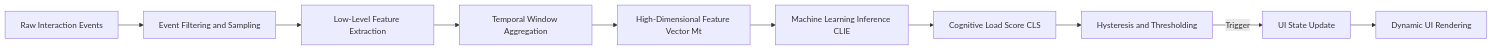
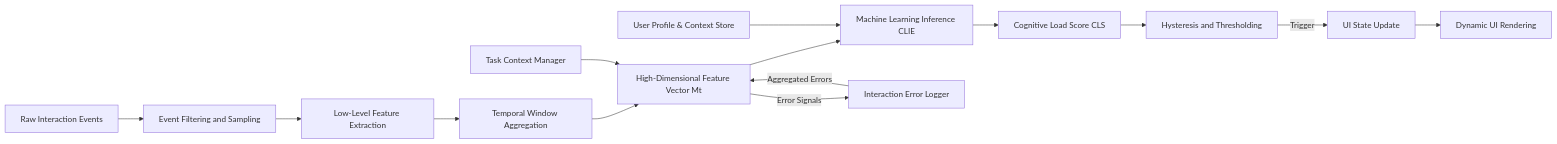
Before and after one commit to diplomat-bit/Citibank_Demo_Business_Inc_Demonstration-: the third of 12 diagrams in inventions/011_cognitive_load_balancing.md, drawn with Mermaid. The commit also changed other lines of this file, not shown here.

````diff
--- a/inventions/011_cognitive_load_balancing.md
+++ b/inventions/011_cognitive_load_balancing.md
@@ -100,12 +124,16 @@
 ```mermaid
 graph LR
     A[Raw Interaction Events] --> B[Event Filtering and Sampling];
     B --> C[Low-Level Feature Extraction];
     C --> D[Temporal Window Aggregation];
     D --> E[High-Dimensional Feature Vector Mt];
     E --> F[Machine Learning Inference CLIE];
     F --> G[Cognitive Load Score CLS];
     G --> H[Hysteresis and Thresholding];
     H -- Trigger --> I[UI State Update];
     I --> J[Dynamic UI Rendering];
+    E -- Error Signals --> K[Interaction Error Logger];
+    K -- Aggregated Errors --> E;
+    L[Task Context Manager] --> E;
+    M[User Profile & Context Store] --> F;
 ```
````
